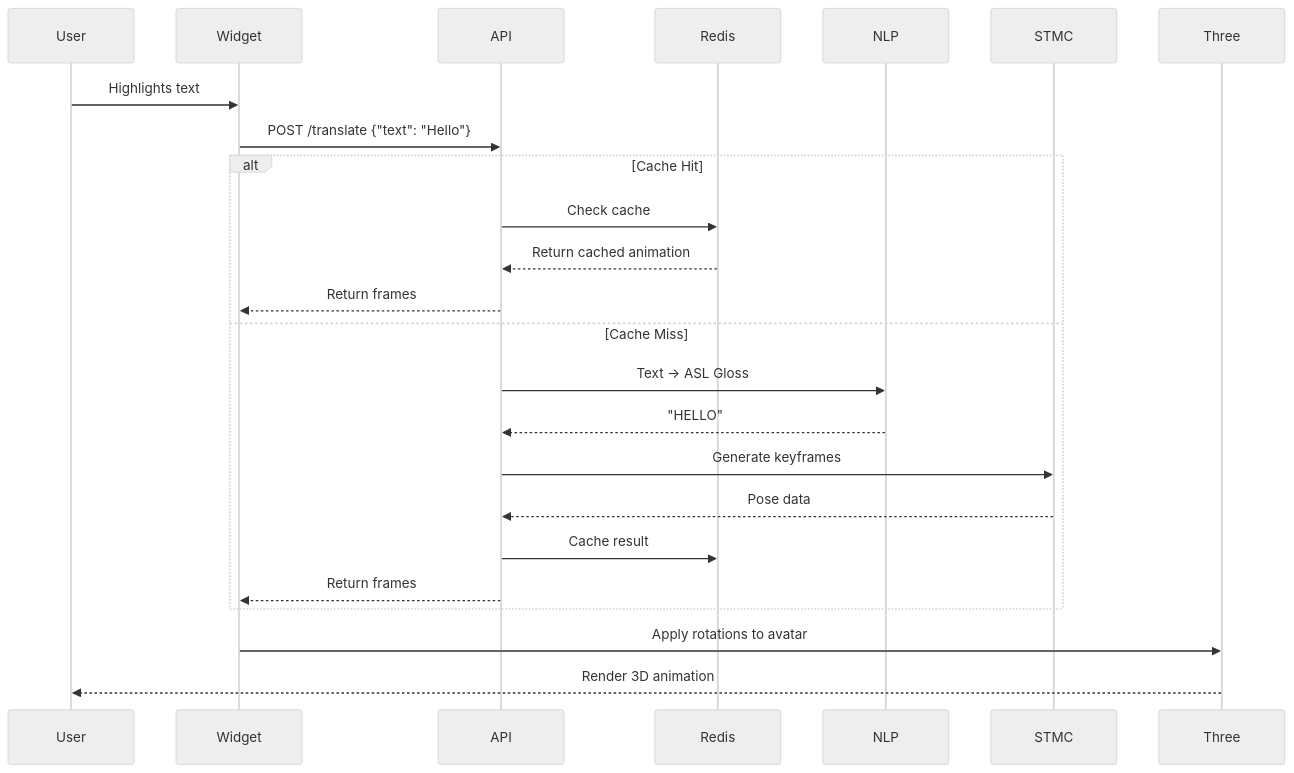
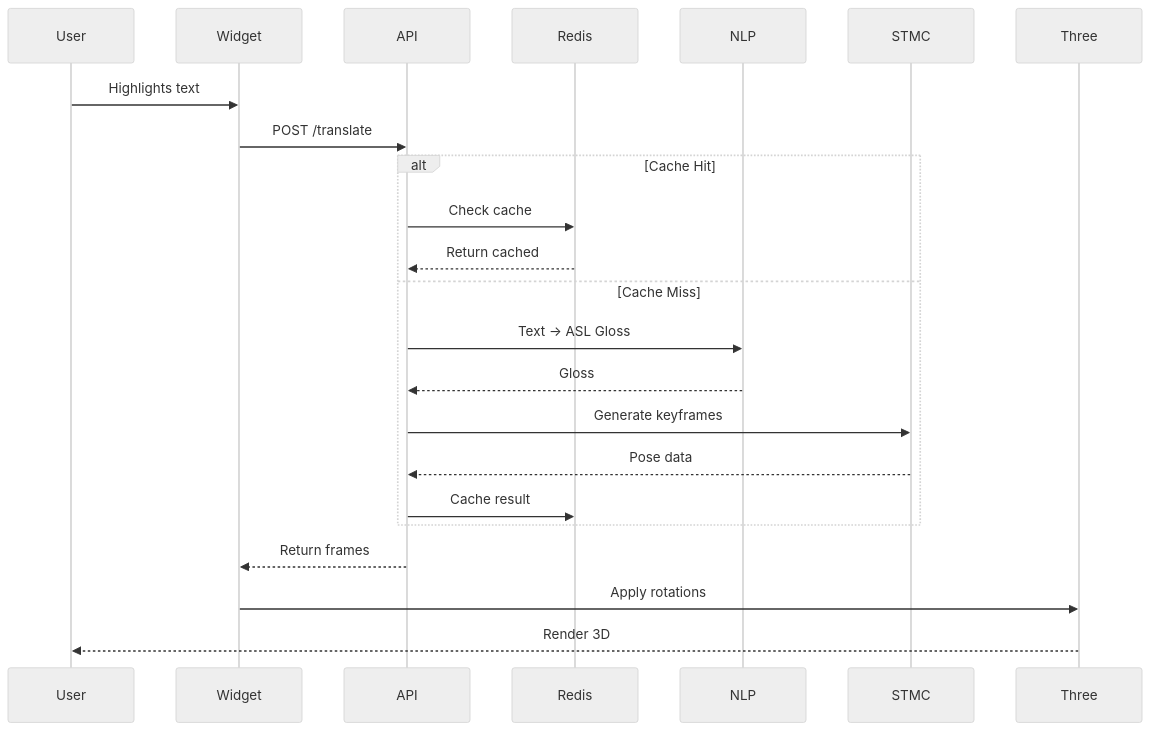
Before and after one commit to arananet/SignFlow: the second of 2 diagrams in README.md, drawn with Mermaid (neutral theme). The commit also changed other lines of this file, not shown here.

Commit message:
Fix mermaid diagrams - proper closing backticks

````diff
--- a/README.md
+++ b/README.md
@@ -139,29 +104,28 @@
 ```mermaid
 sequenceDiagram
     participant User
     participant Widget
     participant API
     participant Redis
     participant NLP
     participant STMC
     participant Three
 
     User->>Widget: Highlights text
-    Widget->>API: POST /translate {"text": "Hello"}
+    Widget->>API: POST /translate
     
     alt Cache Hit
         API->>Redis: Check cache
-        Redis-->>API: Return cached animation
-        API-->>Widget: Return frames
+        Redis-->>API: Return cached
     else Cache Miss
         API->>NLP: Text → ASL Gloss
-        NLP-->>API: "HELLO"
+        NLP-->>API: Gloss
         API->>STMC: Generate keyframes
         STMC-->>API: Pose data
         API->>Redis: Cache result
-        API-->>Widget: Return frames
     end
     
-    Widget->>Three: Apply rotations to avatar
-    Three-->>User: Render 3D animation
+    API-->>Widget: Return frames
+    Widget->>Three: Apply rotations
+    Three-->>User: Render 3D
 ```
````
